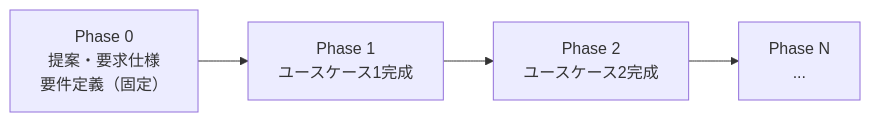
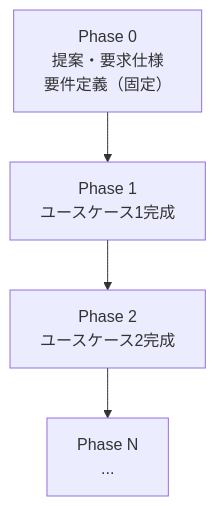
Before and after one commit to BossApe/lo-vibe: the first of 5 diagrams in _document/002.要件定義フェーズ/002.プロジェクト計画/002-03.タスク推進計画.md, drawn with Mermaid. The commit also changed other lines of this file, not shown here.

Commit message:
タスク推進計画: 3章Ticket工程フロー図を横（LR）から縦（TD）に変更して可読性向上

````diff
--- a/_document/002.要件定義フェーズ/002.プロジェクト計画/002-03.タスク推進計画.md
+++ b/_document/002.要件定義フェーズ/002.プロジェクト計画/002-03.タスク推進計画.md
@@ -48,9 +48,9 @@
 ```mermaid
-flowchart LR
+flowchart TD
   PH0["Phase 0<br>提案・要求仕様<br>要件定義（固定）"]
   PH1["Phase 1<br>ユースケース1完成"]
   PH2["Phase 2<br>ユースケース2完成"]
   PHN["Phase N<br>..."]
 
     PH0 --> PH1 --> PH2 --> PHN
 ```
````
